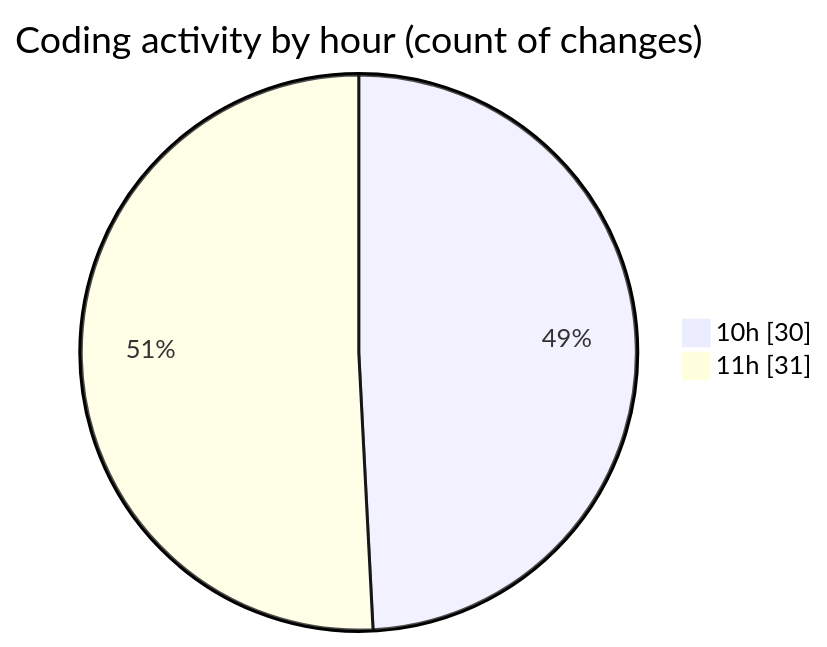
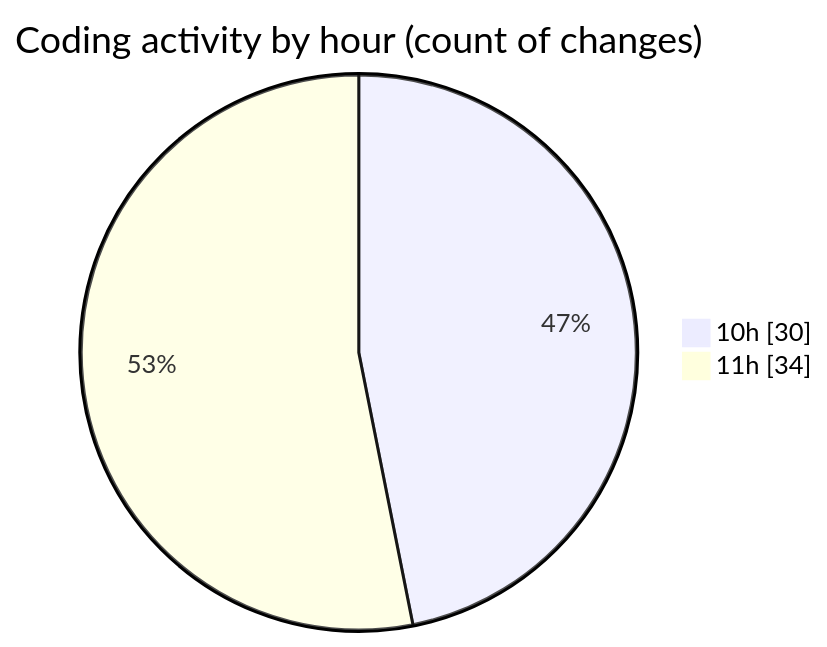
One commit to momahboobian/code-tracking changed the second of 2 diagrams in 2025-05-01/cda/README.md. Above: the diagram before and after it, drawn with Mermaid. The commit also changed other lines of this file and 1 other file, not shown here.

````diff
--- a/2025-05-01/cda/README.md
+++ b/2025-05-01/cda/README.md
@@ -37,6 +38,6 @@
 ```mermaid
 pie showData
 title Coding activity by hour (count of changes)
 "10h" : 30
-"11h" : 31
+"11h" : 34
 ```
````
